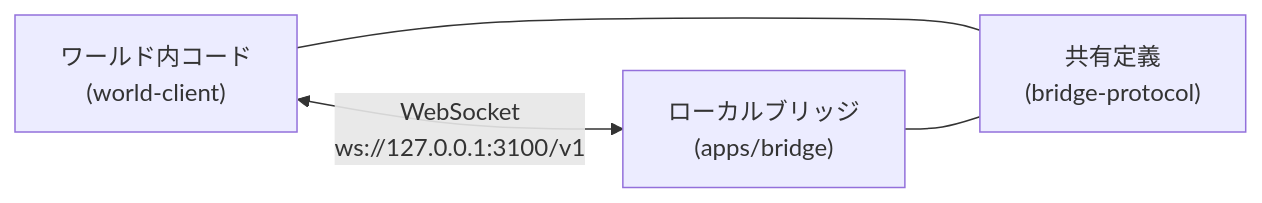
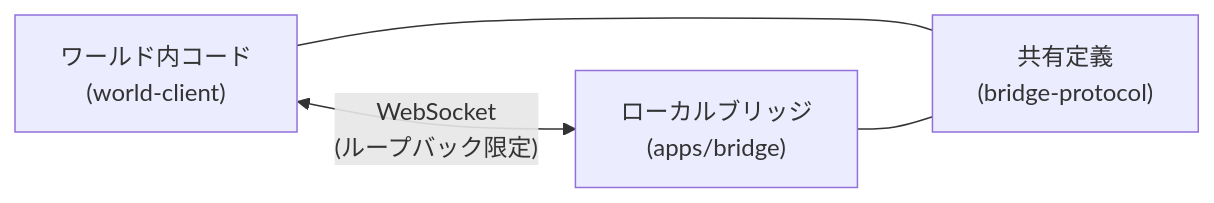
One commit to WebXR-JP/xrift-bridge changed the first of 2 diagrams in design/bridge.md. Above: the diagram before and after it, drawn with Mermaid. The commit also changed other lines of this file and 10 other files, not shown here.

````diff
--- a/design/bridge.md
+++ b/design/bridge.md
@@ -17,6 +26,6 @@
 ```mermaid
 flowchart LR
-    W["ワールド内コード<br/>(world-client)"] <-->|"WebSocket<br/>ws://127.0.0.1:3100/v1"| B["ローカルブリッジ<br/>(apps/bridge)"]
+    W["ワールド内コード<br/>(world-client)"] <-->|"WebSocket<br/>(ループバック限定)"| B["ローカルブリッジ<br/>(apps/bridge)"]
     W --- S["共有定義<br/>(bridge-protocol)"]
     B --- S
 ```
````
